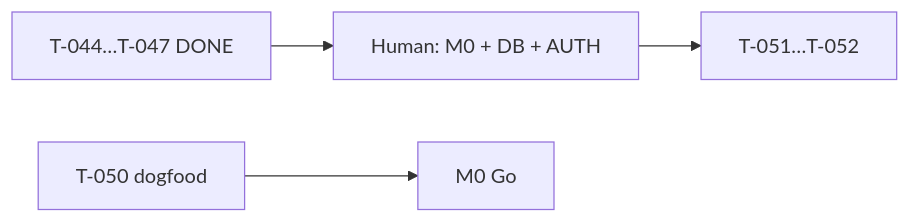
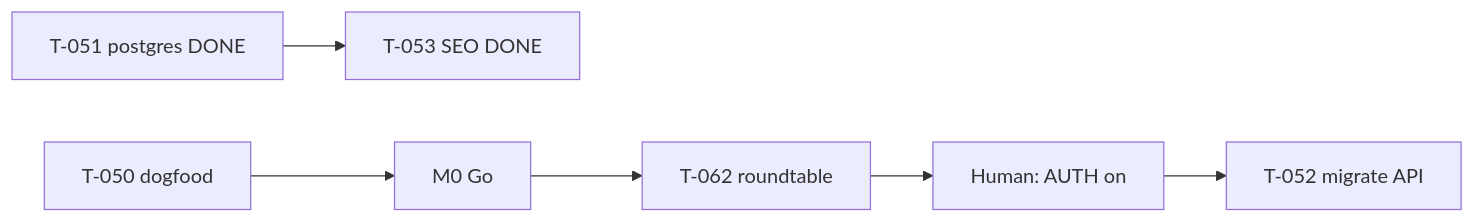
One commit to pagasbot-coder/Agent changed the diagram in quiet-partner/docs/team-assignments.md. Above: the diagram before and after it, drawn with Mermaid. The commit also changed other lines of this file and 26 other files, not shown here.

````diff
--- a/quiet-partner/docs/team-assignments.md
+++ b/quiet-partner/docs/team-assignments.md
@@ -83,6 +97,8 @@
 ```mermaid
 flowchart LR
-  S3[T-044…T-047 DONE] --> H[Human: M0 + DB + AUTH]
-  H --> P5[T-051…T-052]
+  DB[T-051 postgres DONE] --> SEO[T-053 SEO DONE]
   D[T-050 dogfood] --> M0[M0 Go]
+  M0 --> RT[T-062 roundtable]
+  RT --> AUTH[Human: AUTH on]
+  AUTH --> T52[T-052 migrate API]
 ```
````
